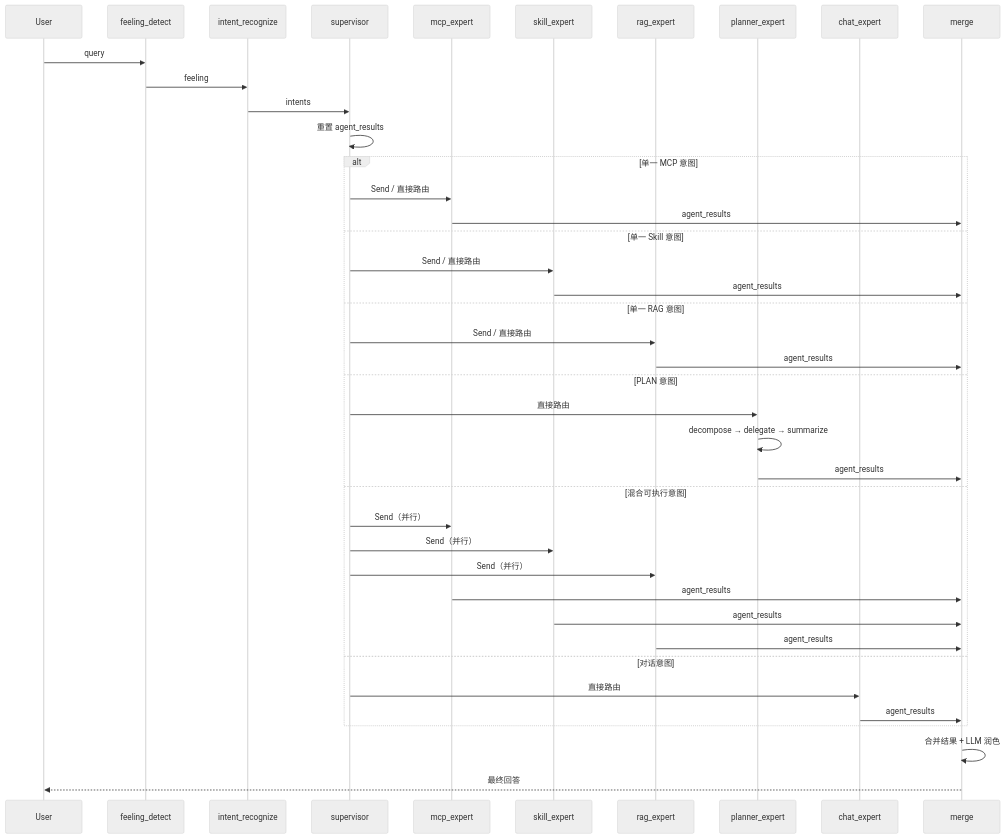
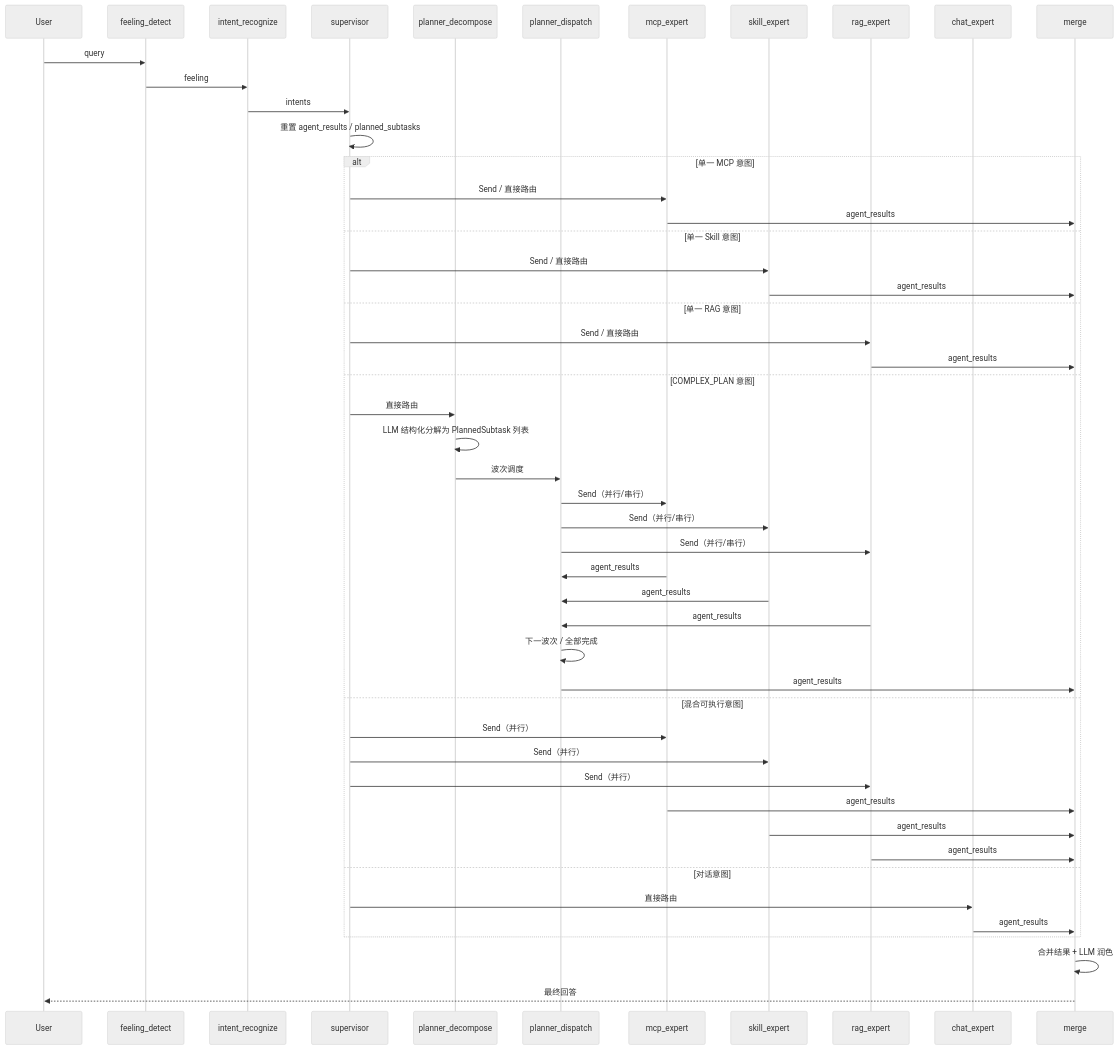
One commit to JIAF-JIAF/LangGraphAgent changed the diagram in README.md. Above: the diagram before and after it, drawn with Mermaid (neutral theme). The commit also changed other lines of this file and 39 other files, not shown here.

````diff
--- a/README.md
+++ b/README.md
@@ -127,46 +124,55 @@
 ```mermaid
 sequenceDiagram
     participant User
     participant Feeling as feeling_detect
     participant Intent as intent_recognize
     participant Supervisor as supervisor
+    participant Planner as planner_decompose
+    participant Dispatch as planner_dispatch
     participant MCP as mcp_expert
     participant Skill as skill_expert
     participant RAG as rag_expert
-    participant Planner as planner_expert
     participant Chat as chat_expert
     participant Merge as merge
 
     User->>Feeling: query
     Feeling->>Intent: feeling
     Intent->>Supervisor: intents
-    Supervisor->>Supervisor: 重置 agent_results
+    Supervisor->>Supervisor: 重置 agent_results / planned_subtasks
 
     alt 单一 MCP 意图
         Supervisor->>MCP: Send / 直接路由
         MCP->>Merge: agent_results
     else 单一 Skill 意图
         Supervisor->>Skill: Send / 直接路由
         Skill->>Merge: agent_results
     else 单一 RAG 意图
         Supervisor->>RAG: Send / 直接路由
         RAG->>Merge: agent_results
-    else PLAN 意图
+    else COMPLEX_PLAN 意图
         Supervisor->>Planner: 直接路由
-        Planner->>Planner: decompose → delegate → summarize
-        Planner->>Merge: agent_results
+        Planner->>Planner: LLM 结构化分解为 PlannedSubtask 列表
+        Planner->>Dispatch: 波次调度
+        Dispatch->>MCP: Send（并行/串行）
+        Dispatch->>Skill: Send（并行/串行）
+        Dispatch->>RAG: Send（并行/串行）
+        MCP->>Dispatch: agent_results
+        Skill->>Dispatch: agent_results
+        RAG->>Dispatch: agent_results
+        Dispatch->>Dispatch: 下一波次 / 全部完成
+        Dispatch->>Merge: agent_results
     else 混合可执行意图
         Supervisor->>MCP: Send（并行）
         Supervisor->>Skill: Send（并行）
         Supervisor->>RAG: Send（并行）
         MCP->>Merge: agent_results
         Skill->>Merge: agent_results
         RAG->>Merge: agent_results
     else 对话意图
         Supervisor->>Chat: 直接路由
         Chat->>Merge: agent_results
     end
 
     Merge->>Merge: 合并结果 + LLM 润色
     Merge-->>User: 最终回答
 ```
````
